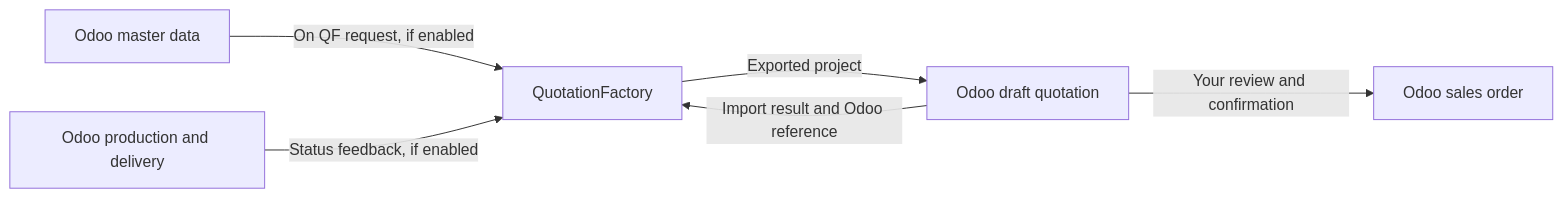
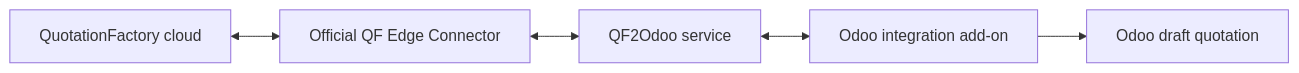
The diagram in qf2odoo/overview.mdx (SheetMetalConnect/smc-mintlify), drawn with Mermaid before and after one commit. The commit also changed other lines of this file and 10 other files, not shown here.

````diff
--- a/qf2odoo/overview.mdx
+++ b/qf2odoo/overview.mdx
@@ -12,8 +19,7 @@
 ```mermaid
 flowchart LR
-    Q["QuotationFactory"] -->|"Exported project"| O["Odoo draft quotation"]
-    O -->|"Import result and Odoo reference"| Q
-    O -->|"Your review and confirmation"| S["Odoo sales order"]
-    M["Odoo master data"] -->|"On QF request, if enabled"| Q
-    P["Odoo production and delivery"] -->|"Status feedback, if enabled"| Q
+  Q["QuotationFactory cloud"] <--> E["Official QF Edge Connector"]
+  E <--> S["QF2Odoo service"]
+  S <--> O["Odoo integration add-on"]
+  O --> D["Odoo draft quotation"]
 ```
````
